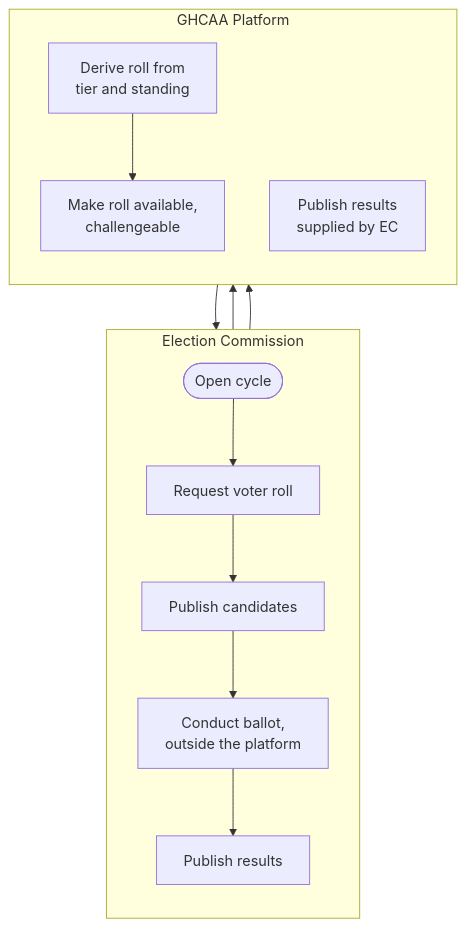
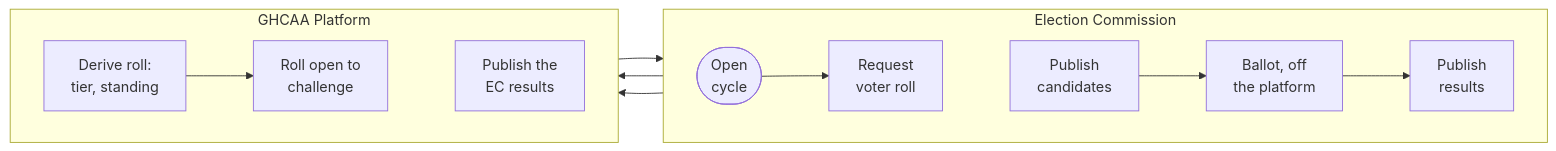
Before and after one commit to shalin-rahman/GHCAA: the tenth of 19 diagrams in docs/book/05-system-analysis.md, drawn with Mermaid. The commit also changed other lines of this file and 42 other files, not shown here.

````diff
--- a/docs/book/05-system-analysis.md
+++ b/docs/book/05-system-analysis.md
@@ -416,18 +420,14 @@
 ```mermaid
-flowchart TB
+flowchart LR
     subgraph EComm["Election Commission"]
-      direction TB
-      B1([Open cycle]) --> B2[Request voter roll]
-      B2 --> B5[Publish candidates]
-      B5 --> B6[Conduct ballot,<br/>outside the platform]
-      B6 --> B7[Publish results]
+      direction LR
+      B1([Open<br/>cycle]) --> B2[Request<br/>voter roll] ~~~ B5[Publish<br/>candidates] --> B6[Ballot, off<br/>the platform] --> B7[Publish<br/>results]
     end
     subgraph Sys["GHCAA Platform"]
-      direction TB
-      B3[Derive roll from<br/>tier and standing]
-      B4[Make roll available,<br/>challengeable]
-      B8[Publish results<br/>supplied by EC]
+      direction LR
+      B3[Derive roll:<br/>tier, standing] --> B4[Roll open to<br/>challenge] ~~~ B8[Publish the<br/>EC results]
     end
-    B2 --> B3 --> B4 --> B5
+    B2 --> B3
+    B4 --> B5
     B7 --> B8
 ```
````
